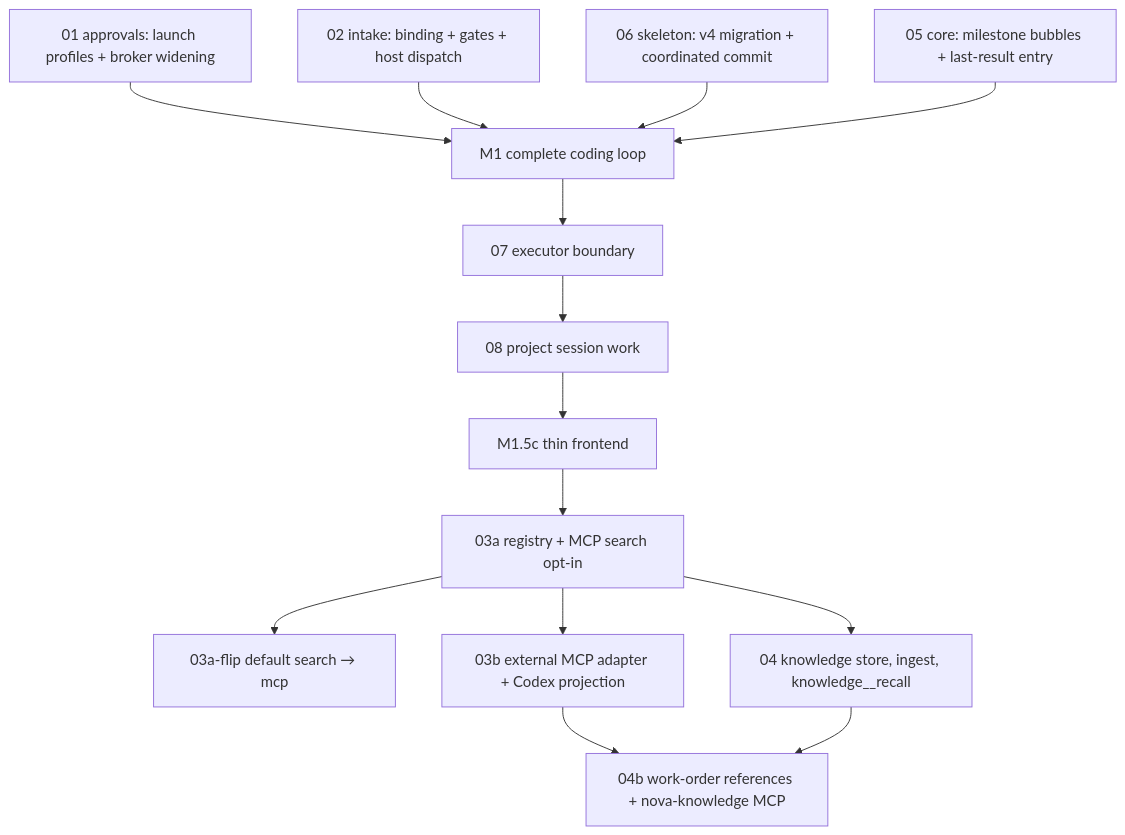
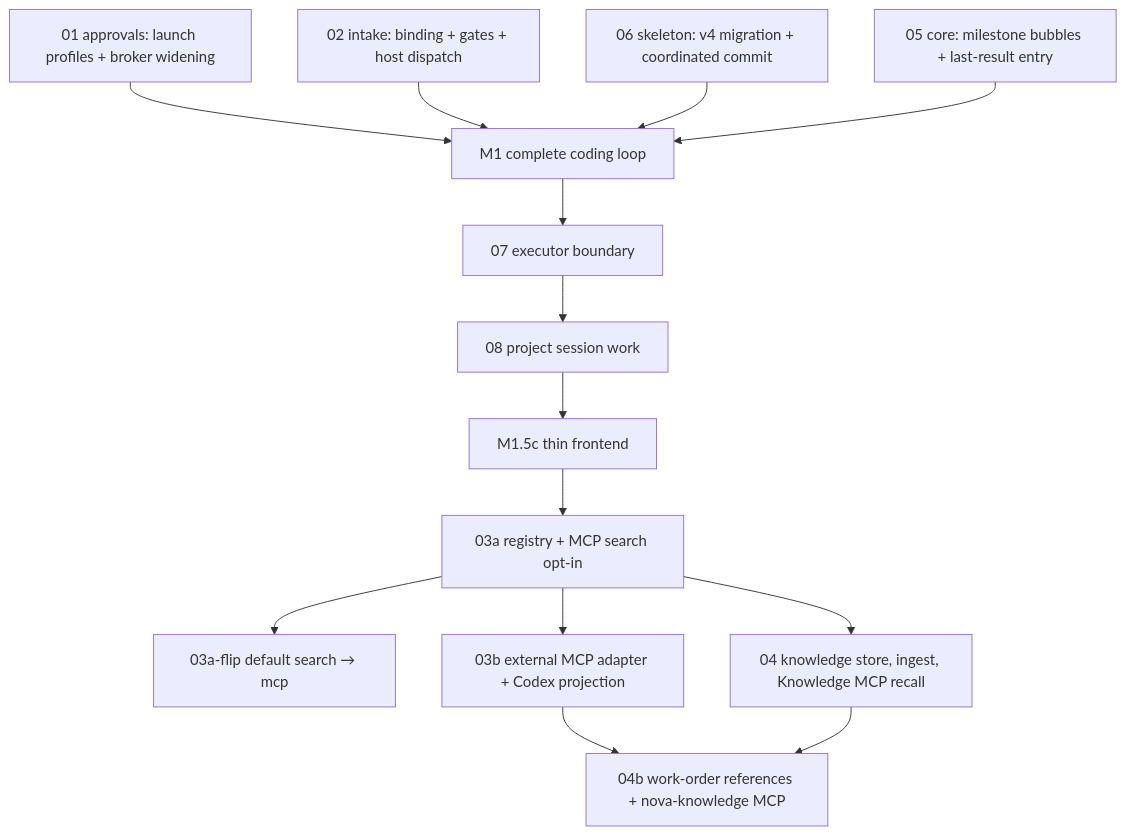
One commit to deepnovacore/NovaAudioAgent changed the diagram in docs/specs/v0.2.0/00-overview.md. Above: the diagram before and after it, drawn with Mermaid. The commit also changed other lines of this file and 45 other files, not shown here.

Commit message:
feat: integrate optional knowledge MCP and document ingestion

````diff
--- a/docs/specs/v0.2.0/00-overview.md
+++ b/docs/specs/v0.2.0/00-overview.md
@@ -82,16 +82,16 @@
 ```mermaid
 flowchart TD
   A[01 approvals: launch profiles + broker widening] --> M1
   B[02 intake: binding + gates + host dispatch] --> M1
   S[06 skeleton: v4 migration + coordinated commit] --> M1
   E0[05 core: milestone bubbles + last-result entry] --> M1
   M1[M1 complete coding loop] --> X1[07 executor boundary]
   X1 --> X2[08 project session work]
   X2 --> T1[M1.5c thin frontend]
   T1 --> C1[03a registry + MCP search opt-in]
   C1 --> C1f[03a-flip default search → mcp]
   C1 --> C2[03b external MCP adapter + Codex projection]
   C2 --> D2[04b work-order references + nova-knowledge MCP]
-  D[04 knowledge store, ingest, knowledge__recall] --> D2
+  D[04 knowledge store, ingest, Knowledge MCP recall] --> D2
   C1 --> D
 ```
````
